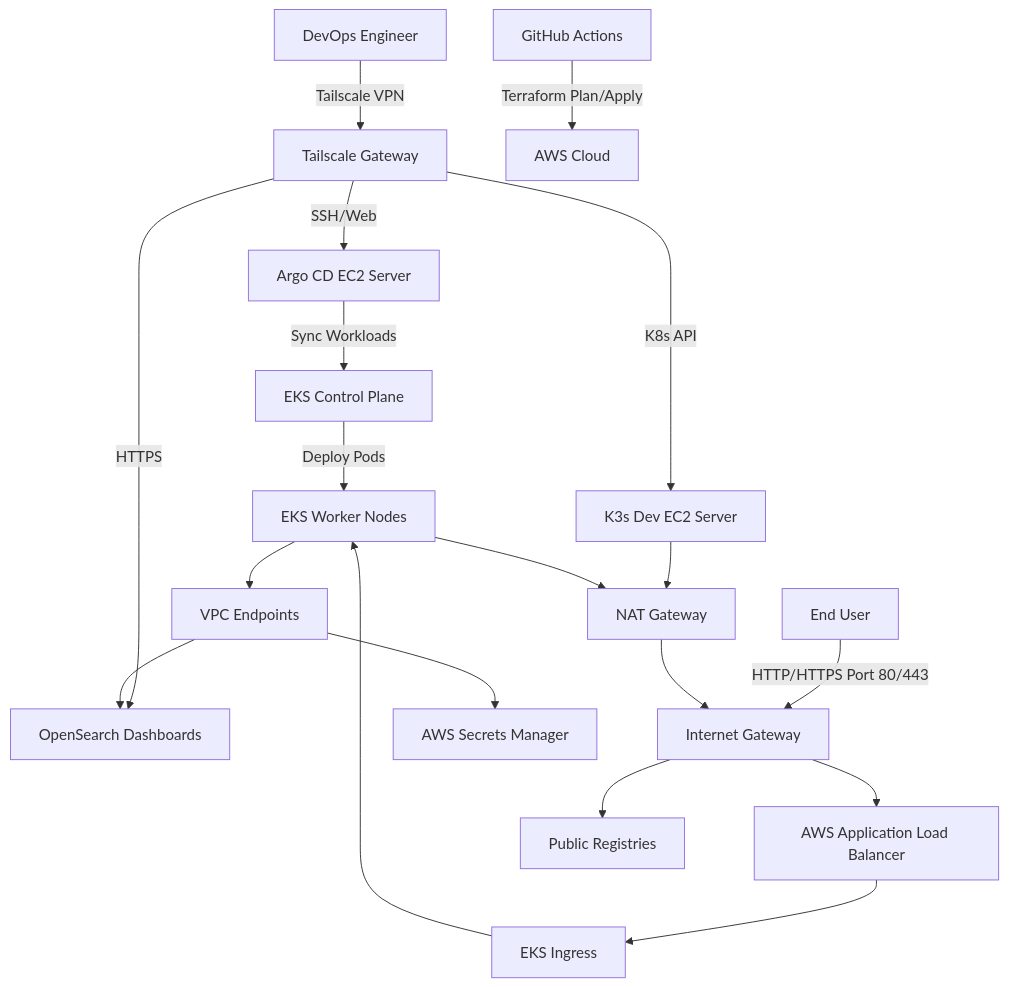
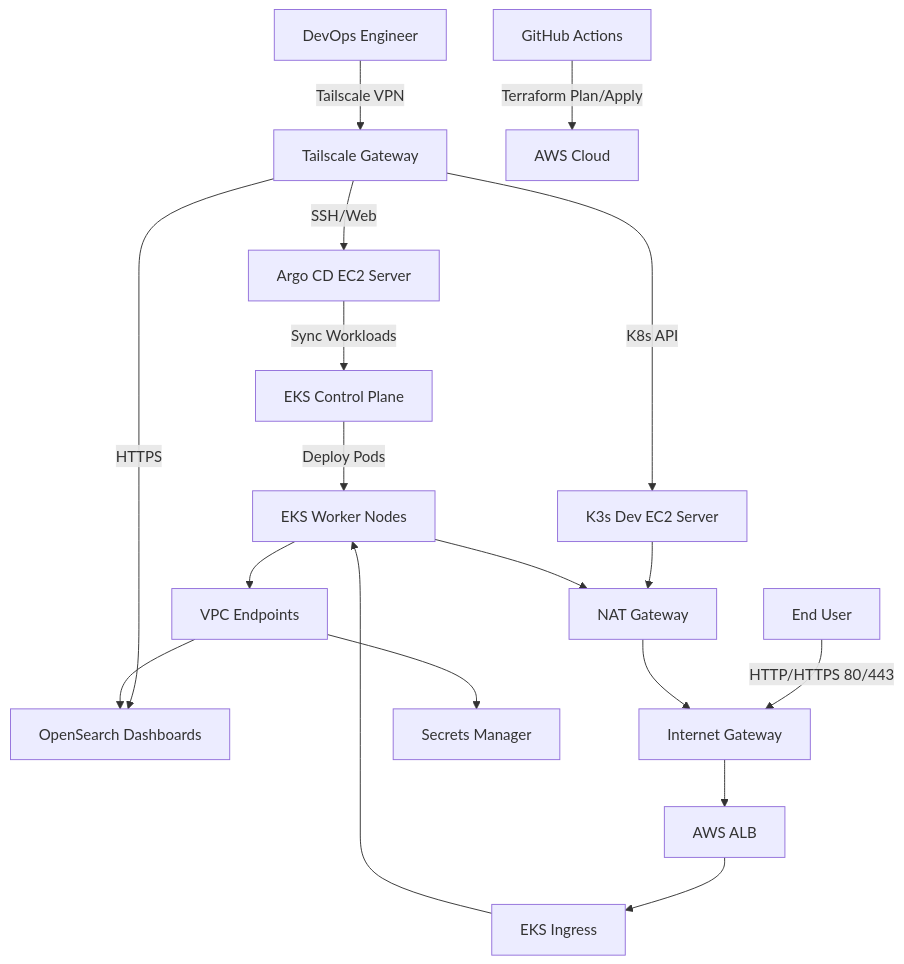
Before and after one commit to flavoriy/Infrastructure-as-Code: the diagram in README.md, drawn with Mermaid. The commit also changed other lines of this file, not shown here.

````diff
--- a/README.md
+++ b/README.md
@@ -9,30 +11,24 @@
 ```mermaid
 graph TD
-    %% Admin/Management Path
     Admin[DevOps Engineer] -->|Tailscale VPN| VPN[Tailscale Gateway]
     VPN -->|SSH/Web| ArgoCD[Argo CD EC2 Server]
     VPN -->|K8s API| K3sDev[K3s Dev EC2 Server]
     VPN -->|HTTPS| OpenSearch[OpenSearch Dashboards]
 
-    %% GitOps Automation
     GitHub[GitHub Actions] -->|Terraform Plan/Apply| AWS[AWS Cloud]
     ArgoCD -->|Sync Workloads| EKS_Control[EKS Control Plane]
     EKS_Control -->|Deploy Pods| EKS_Nodes[EKS Worker Nodes]
 
-    %% Public Traffic Path
-    User[End User] -->|HTTP/HTTPS Port 80/443| IGW[Internet Gateway]
-    IGW --> ALB[AWS Application Load Balancer]
+    User[End User] -->|HTTP/HTTPS 80/443| IGW[Internet Gateway]
+    IGW --> ALB[AWS ALB]
     ALB --> EKS_Ingress[EKS Ingress]
     EKS_Ingress --> EKS_Nodes
 
-    %% VPC Egress
     K3sDev --> NAT[NAT Gateway]
     EKS_Nodes --> NAT
     NAT --> IGW
-    IGW --> Internet[Public Registries]
 
-    %% Logging & Secrets (Private Link)
     EKS_Nodes --> VPCEndpoints[VPC Endpoints]
-    VPCEndpoints --> Secrets[AWS Secrets Manager]
+    VPCEndpoints --> Secrets[Secrets Manager]
     VPCEndpoints --> OpenSearch
 ```
````
